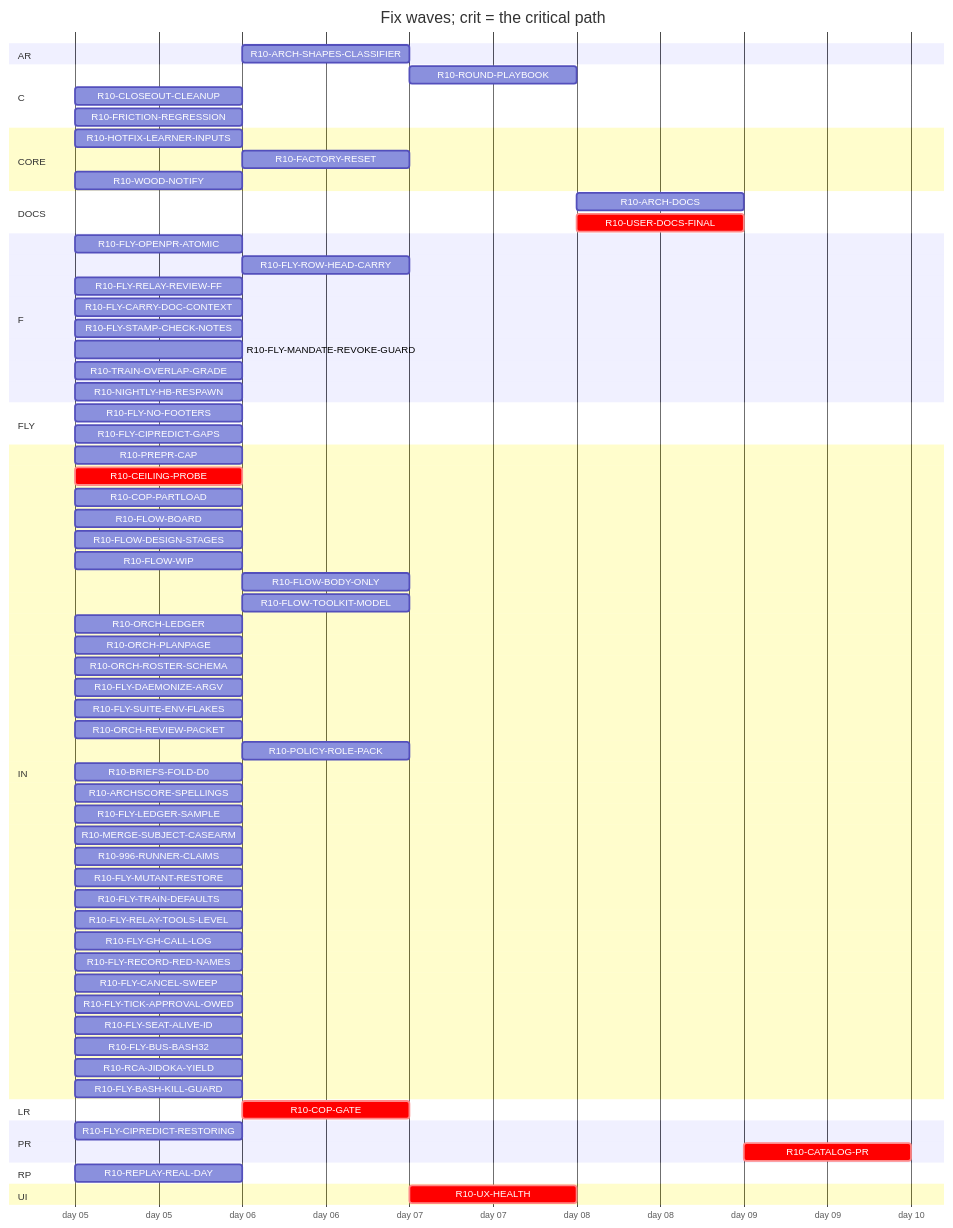
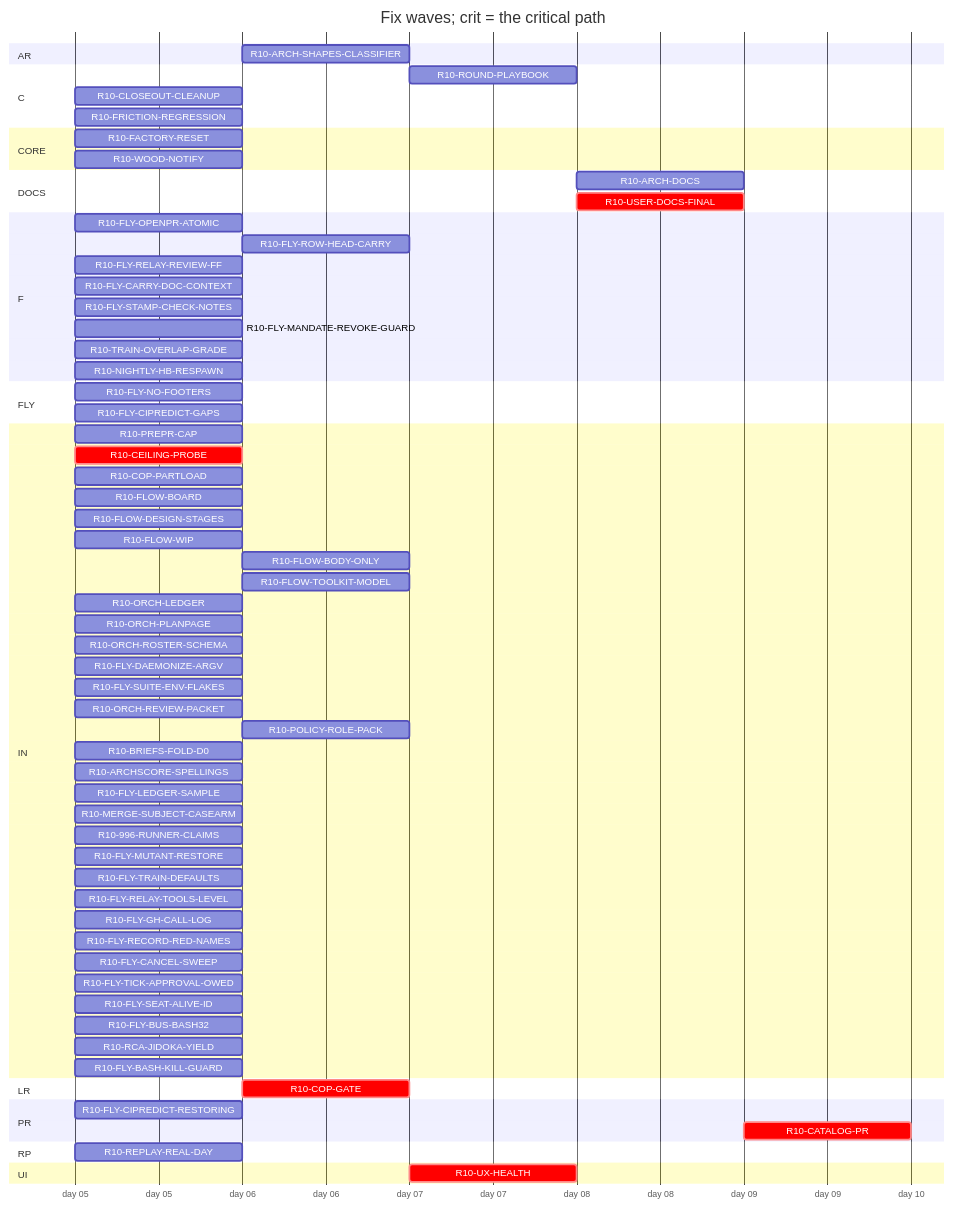
The diagram in handoff/round10/state/PLAN-TABLE.md (tvofi/heatpump_optimizer), drawn with Mermaid before and after one commit. The commit also changed other lines of this file and 3 other files, not shown here.

Commit message:
state: FLOW-BOARD.md, NEXT-SESSION-PROMPT.md, PLAN-TABLE.md, RESUME-CURRENT.md regenerated (state_docs.py)

````diff
--- a/handoff/round10/state/PLAN-TABLE.md
+++ b/handoff/round10/state/PLAN-TABLE.md
@@ -24,72 +24,71 @@
 ```mermaid
 gantt
   title Fix waves; crit = the critical path
   dateFormat YYYY-MM-DD
   axisFormat day %d
   section AR
     R10-ARCH-SHAPES-CLASSIFIER :r10ARCHSHAPESCLASSIFIER, after r10996RUNNERCLAIMS, 1d
   section C
     R10-ROUND-PLAYBOOK :r10ROUNDPLAYBOOK, after r10ORCHLEDGER r10ORCHPLANPAGE r10FLYRELAYREVIEWFF r10FLOWBODYONLY, 1d
     R10-CLOSEOUT-CLEANUP :r10CLOSEOUTCLEANUP, 2026-01-05, 1d
     R10-FRICTION-REGRESSION :r10FRICTIONREGRESSION, 2026-01-05, 1d
   section CORE
-    R10-HOTFIX-LEARNER-INPUTS :r10HOTFIXLEARNERINPUTS, 2026-01-05, 1d
-    R10-FACTORY-RESET :r10FACTORYRESET, after r10HOTFIXLEARNERINPUTS, 1d
+    R10-FACTORY-RESET :r10FACTORYRESET, 2026-01-05, 1d
     R10-WOOD-NOTIFY :r10WOODNOTIFY, 2026-01-05, 1d
   section DOCS
     R10-ARCH-DOCS :r10ARCHDOCS, after r10COPGATE r10UXHEALTH r10CEILINGPROBE r10COPPARTLOAD r10FLOWBOARD r10FLOWDESIGNSTAGES r10FLOWWIP r10FLOWBODYONLY r10FLYOPENPRATOMIC r10FLYROWHEADCARRY r10FLYRELAYREVIEWFF r10FLYCARRYDOCCONTEXT r10FLOWTOOLKITMODEL r10FLYSTAMPCHECKNOTES r10FLYMANDATEREVOKEGUARD r10TRAINOVERLAPGRADE r10NIGHTLYHBRESPAWN r10ORCHLEDGER r10ORCHPLANPAGE r10ORCHROSTERSCHEMA r10FLYDAEMONIZEARGV r10ORCHREVIEWPACKET r10POLICYROLEPACK r10BRIEFSFOLDD0 r10REPLAYREALDAY r10ARCHSCORESPELLINGS r10FLYLEDGERSAMPLE, 1d
-    R10-USER-DOCS-FINAL :crit, r10USERDOCSFINAL, after r10COPGATE r10UXHEALTH r10CEILINGPROBE r10COPPARTLOAD r10FLOWBOARD r10FLOWDESIGNSTAGES r10FLOWWIP r10FLOWBODYONLY r10FLYOPENPRATOMIC r10FLYROWHEADCARRY r10FLYRELAYREVIEWFF r10FLYCARRYDOCCONTEXT r10FLOWTOOLKITMODEL r10FLYSTAMPCHECKNOTES r10FLYMANDATEREVOKEGUARD r10TRAINOVERLAPGRADE r10NIGHTLYHBRESPAWN r10ORCHLEDGER r10ORCHPLANPAGE r10ORCHROSTERSCHEMA r10FLYDAEMONIZEARGV r10ORCHREVIEWPACKET r10POLICYROLEPACK r10BRIEFSFOLDD0 r10REPLAYREALDAY r10ARCHSCORESPELLINGS r10FLYLEDGERSAMPLE r10HOTFIXLEARNERINPUTS r10FACTORYRESET r10WOODNOTIFY, 1d
+    R10-USER-DOCS-FINAL :crit, r10USERDOCSFINAL, after r10COPGATE r10UXHEALTH r10CEILINGPROBE r10COPPARTLOAD r10FLOWBOARD r10FLOWDESIGNSTAGES r10FLOWWIP r10FLOWBODYONLY r10FLYOPENPRATOMIC r10FLYROWHEADCARRY r10FLYRELAYREVIEWFF r10FLYCARRYDOCCONTEXT r10FLOWTOOLKITMODEL r10FLYSTAMPCHECKNOTES r10FLYMANDATEREVOKEGUARD r10TRAINOVERLAPGRADE r10NIGHTLYHBRESPAWN r10ORCHLEDGER r10ORCHPLANPAGE r10ORCHROSTERSCHEMA r10FLYDAEMONIZEARGV r10ORCHREVIEWPACKET r10POLICYROLEPACK r10BRIEFSFOLDD0 r10REPLAYREALDAY r10ARCHSCORESPELLINGS r10FLYLEDGERSAMPLE r10FACTORYRESET r10WOODNOTIFY, 1d
   section F
     R10-FLY-OPENPR-ATOMIC :r10FLYOPENPRATOMIC, 2026-01-05, 1d
     R10-FLY-ROW-HEAD-CARRY :r10FLYROWHEADCARRY, after r10FLYOPENPRATOMIC, 1d
     R10-FLY-RELAY-REVIEW-FF :r10FLYRELAYREVIEWFF, 2026-01-05, 1d
     R10-FLY-CARRY-DOC-CONTEXT :r10FLYCARRYDOCCONTEXT, 2026-01-05, 1d
     R10-FLY-STAMP-CHECK-NOTES :r10FLYSTAMPCHECKNOTES, 2026-01-05, 1d
     R10-FLY-MANDATE-REVOKE-GUARD :r10FLYMANDATEREVOKEGUARD, 2026-01-05, 1d
     R10-TRAIN-OVERLAP-GRADE :r10TRAINOVERLAPGRADE, 2026-01-05, 1d
     R10-NIGHTLY-HB-RESPAWN :r10NIGHTLYHBRESPAWN, 2026-01-05, 1d
   section FLY
     R10-FLY-NO-FOOTERS :r10FLYNOFOOTERS, 2026-01-05, 1d
     R10-FLY-CIPREDICT-GAPS :r10FLYCIPREDICTGAPS, 2026-01-05, 1d
   section IN
     R10-PREPR-CAP :r10PREPRCAP, 2026-01-05, 1d
     R10-CEILING-PROBE :crit, r10CEILINGPROBE, 2026-01-05, 1d
     R10-COP-PARTLOAD :r10COPPARTLOAD, 2026-01-05, 1d
     R10-FLOW-BOARD :r10FLOWBOARD, 2026-01-05, 1d
     R10-FLOW-DESIGN-STAGES :r10FLOWDESIGNSTAGES, 2026-01-05, 1d
     R10-FLOW-WIP :r10FLOWWIP, 2026-01-05, 1d
     R10-FLOW-BODY-ONLY :r10FLOWBODYONLY, after r10FLYOPENPRATOMIC, 1d
     R10-FLOW-TOOLKIT-MODEL :r10FLOWTOOLKITMODEL, after r10ORCHPLANPAGE, 1d
     R10-ORCH-LEDGER :r10ORCHLEDGER, 2026-01-05, 1d
     R10-ORCH-PLANPAGE :r10ORCHPLANPAGE, 2026-01-05, 1d
     R10-ORCH-ROSTER-SCHEMA :r10ORCHROSTERSCHEMA, 2026-01-05, 1d
     R10-FLY-DAEMONIZE-ARGV :r10FLYDAEMONIZEARGV, 2026-01-05, 1d
     R10-FLY-SUITE-ENV-FLAKES :r10FLYSUITEENVFLAKES, 2026-01-05, 1d
     R10-ORCH-REVIEW-PACKET :r10ORCHREVIEWPACKET, 2026-01-05, 1d
     R10-POLICY-ROLE-PACK :r10POLICYROLEPACK, after r10FLOWDESIGNSTAGES, 1d
     R10-BRIEFS-FOLD-D0 :r10BRIEFSFOLDD0, 2026-01-05, 1d
     R10-ARCHSCORE-SPELLINGS :r10ARCHSCORESPELLINGS, 2026-01-05, 1d
     R10-FLY-LEDGER-SAMPLE :r10FLYLEDGERSAMPLE, 2026-01-05, 1d
     R10-MERGE-SUBJECT-CASEARM :r10MERGESUBJECTCASEARM, 2026-01-05, 1d
     R10-996-RUNNER-CLAIMS :r10996RUNNERCLAIMS, 2026-01-05, 1d
     R10-FLY-MUTANT-RESTORE :r10FLYMUTANTRESTORE, 2026-01-05, 1d
     R10-FLY-TRAIN-DEFAULTS :r10FLYTRAINDEFAULTS, 2026-01-05, 1d
     R10-FLY-RELAY-TOOLS-LEVEL :r10FLYRELAYTOOLSLEVEL, 2026-01-05, 1d
     R10-FLY-GH-CALL-LOG :r10FLYGHCALLLOG, 2026-01-05, 1d
     R10-FLY-RECORD-RED-NAMES :r10FLYRECORDREDNAMES, 2026-01-05, 1d
     R10-FLY-CANCEL-SWEEP :r10FLYCANCELSWEEP, 2026-01-05, 1d
     R10-FLY-TICK-APPROVAL-OWED :r10FLYTICKAPPROVALOWED, 2026-01-05, 1d
     R10-FLY-SEAT-ALIVE-ID :r10FLYSEATALIVEID, 2026-01-05, 1d
     R10-FLY-BUS-BASH32 :r10FLYBUSBASH32, 2026-01-05, 1d
     R10-RCA-JIDOKA-YIELD :r10RCAJIDOKAYIELD, 2026-01-05, 1d
     R10-FLY-BASH-KILL-GUARD :r10FLYBASHKILLGUARD, 2026-01-05, 1d
   section LR
     R10-COP-GATE :crit, r10COPGATE, after r10CEILINGPROBE, 1d
   section PR
     R10-FLY-CIPREDICT-RESTORING :r10FLYCIPREDICTRESTORING, 2026-01-05, 1d
     R10-CATALOG-PR :crit, r10CATALOGPR, after r10USERDOCSFINAL, 1d
   section RP
     R10-REPLAY-REAL-DAY :r10REPLAYREALDAY, 2026-01-05, 1d
   section UI
     R10-UX-HEALTH :crit, r10UXHEALTH, after r10COPGATE, 1d
 ```
````
